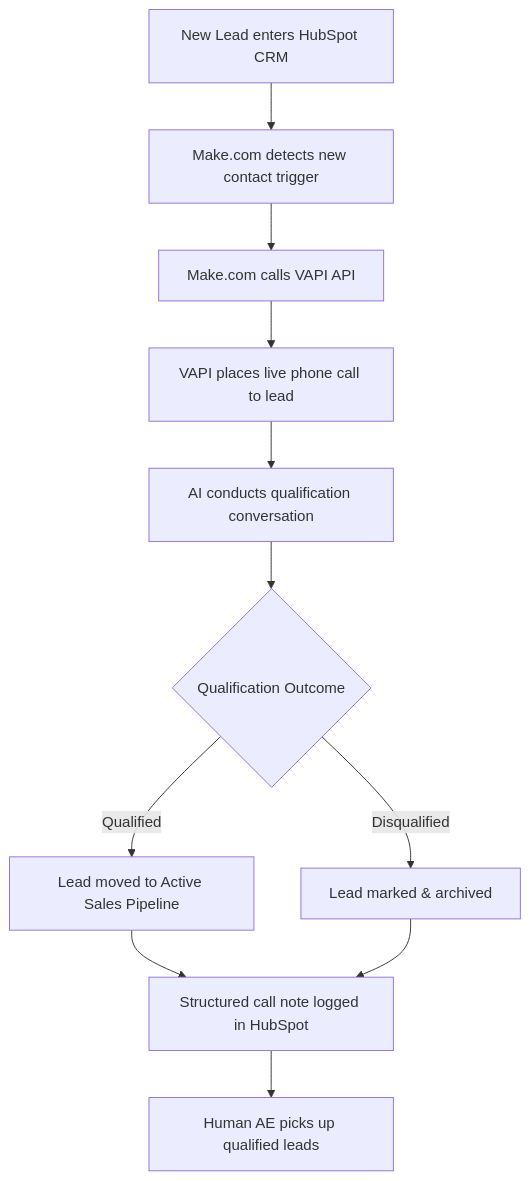
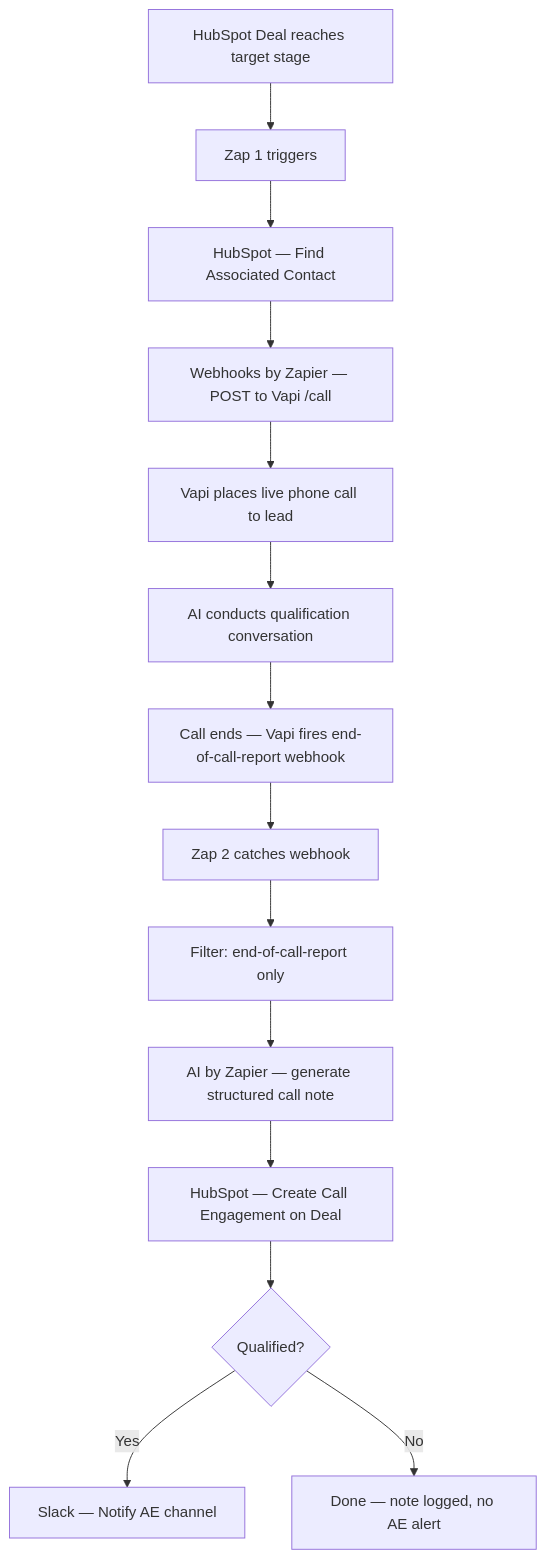
One commit to diego101019/zapier-sdr-caller changed the diagram in README.md. Above: the diagram before and after it, drawn with Mermaid. The commit also changed other lines of this file, not shown here.

First line of the commit message:
Rewrite README for Zapier build

````diff
--- a/README.md
+++ b/README.md
@@ -21,13 +21,16 @@
 ```mermaid
 flowchart TD
-    A[New Lead enters HubSpot CRM] --> B[Make.com detects new contact trigger]
-    B --> C[Make.com calls VAPI API]
-    C --> D[VAPI places live phone call to lead]
-    D --> E[AI conducts qualification conversation]
-    E --> F{Qualification Outcome}
-    F -->|Qualified| G[Lead moved to Active Sales Pipeline]
-    F -->|Disqualified| H[Lead marked & archived]
-    G --> I[Structured call note logged in HubSpot]
-    H --> I
-    I --> J[Human AE picks up qualified leads]
+    A[HubSpot Deal reaches target stage] --> B[Zap 1 triggers]
+    B --> C[HubSpot — Find Associated Contact]
+    C --> D[Webhooks by Zapier — POST to Vapi /call]
+    D --> E[Vapi places live phone call to lead]
+    E --> F[AI conducts qualification conversation]
+    F --> G[Call ends — Vapi fires end-of-call-report webhook]
+    G --> H[Zap 2 catches webhook]
+    H --> I[Filter: end-of-call-report only]
+    I --> J[AI by Zapier — generate structured call note]
+    J --> K[HubSpot — Create Call Engagement on Deal]
+    K --> L{Qualified?}
+    L -->|Yes| M[Slack — Notify AE channel]
+    L -->|No| N[Done — note logged, no AE alert]
 ```
````
